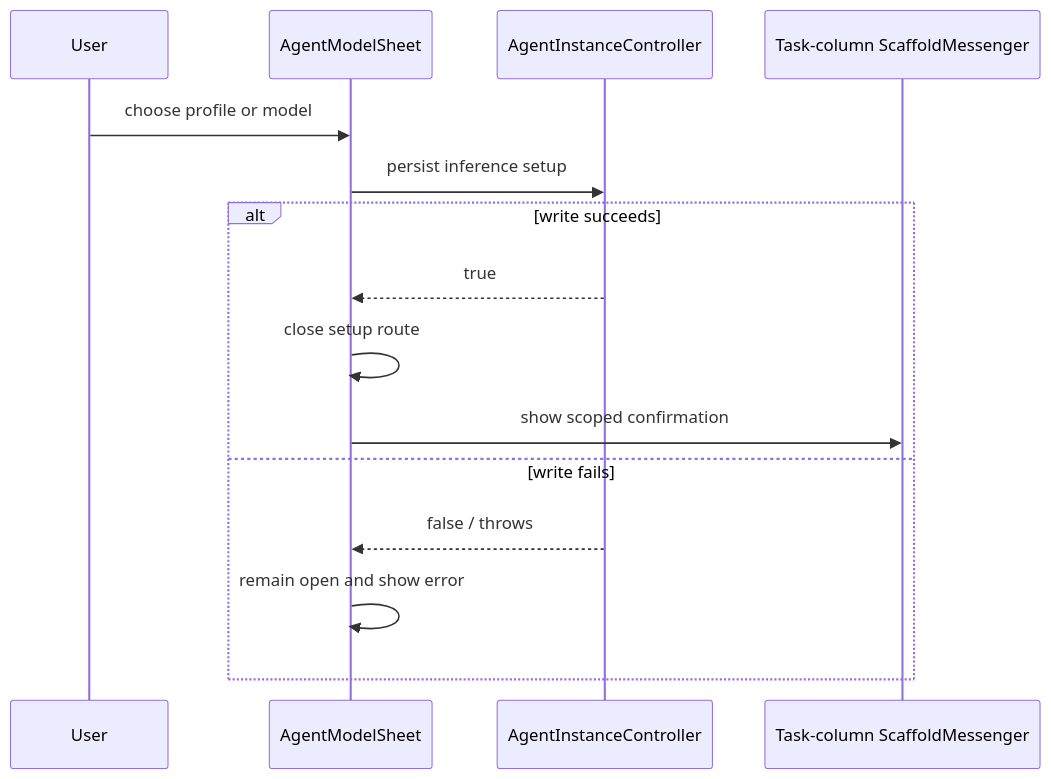
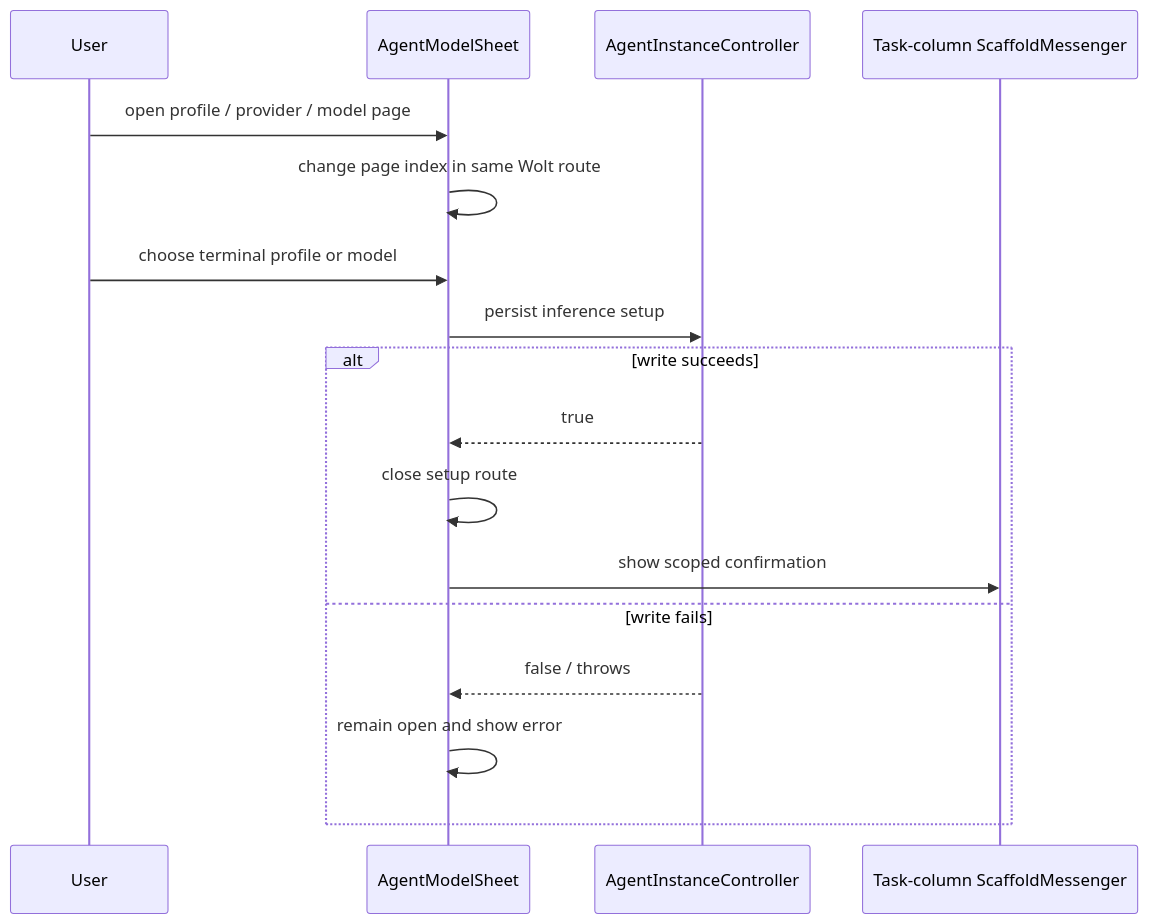
One commit to matthiasn/lotti changed the fourth of 23 diagrams in lib/features/agents/README.md. Above: the diagram before and after it, drawn with Mermaid. The commit also changed other lines of this file and 68 other files, not shown here.

````diff
--- a/lib/features/agents/README.md
+++ b/lib/features/agents/README.md
@@ -169,18 +200,20 @@
 ```mermaid
 sequenceDiagram
   participant User
   participant Sheet as AgentModelSheet
   participant Controller as AgentInstanceController
   participant TaskUI as Task-column ScaffoldMessenger
 
-  User->>Sheet: choose profile or model
+  User->>Sheet: open profile / provider / model page
+  Sheet->>Sheet: change page index in same Wolt route
+  User->>Sheet: choose terminal profile or model
   Sheet->>Controller: persist inference setup
   alt write succeeds
     Controller-->>Sheet: true
     Sheet->>Sheet: close setup route
     Sheet->>TaskUI: show scoped confirmation
   else write fails
     Controller-->>Sheet: false / throws
     Sheet->>Sheet: remain open and show error
   end
 ```
````
